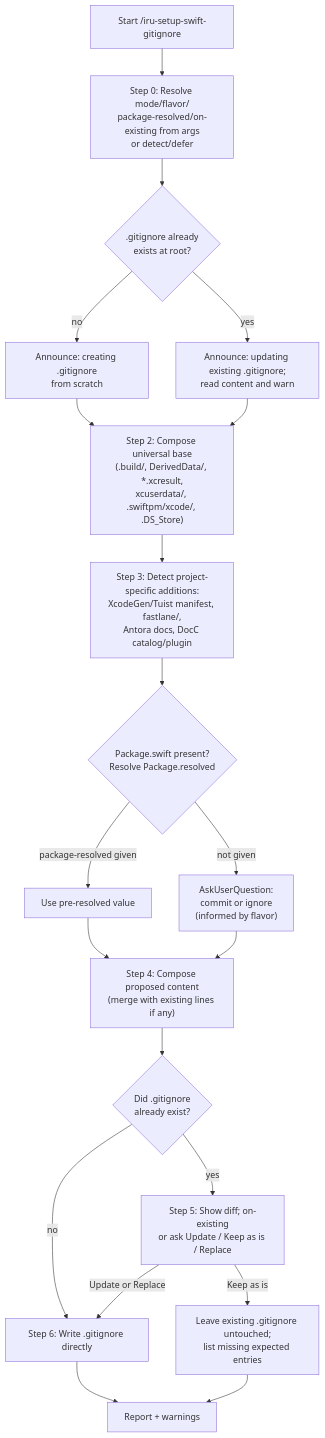
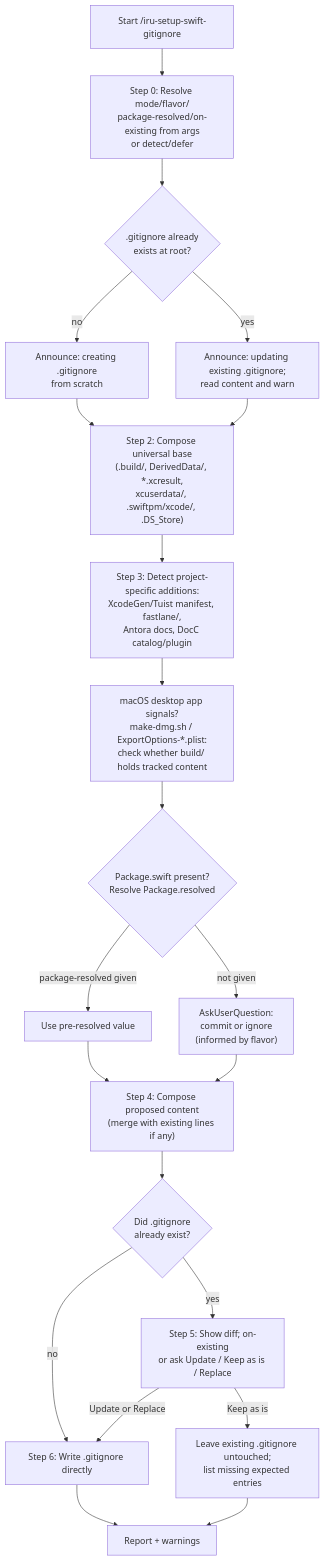
The diagram in docs/modules/ROOT/pages/skills/iru-setup-swift-gitignore.adoc (albertoirurueta/ai-catalog), drawn with Mermaid before and after one commit. The commit also changed other lines of this file and 111 other files, not shown here.

```diff
--- a/docs/modules/ROOT/pages/skills/iru-setup-swift-gitignore.adoc
+++ b/docs/modules/ROOT/pages/skills/iru-setup-swift-gitignore.adoc
@@ -85,23 +93,24 @@
 [mermaid]
 ....
 flowchart TD
     A[Start /iru-setup-swift-gitignore] --> B["Step 0: Resolve mode/flavor/\npackage-resolved/on-existing from args\nor detect/defer"]
     B --> C{".gitignore already\nexists at root?"}
     C -- no --> C1["Announce: creating .gitignore\nfrom scratch"]
     C -- yes --> E["Announce: updating existing .gitignore;\nread content and warn"]
     C1 --> D
     E --> D["Step 2: Compose universal base\n(.build/, DerivedData/, *.xcresult,\nxcuserdata/, .swiftpm/xcode/, .DS_Store)"]
     D --> F["Step 3: Detect project-specific additions:\nXcodeGen/Tuist manifest, fastlane/,\nAntora docs, DocC catalog/plugin"]
-    F --> G{"Package.swift present?\nResolve Package.resolved"}
+    F --> F2["macOS desktop app signals?\nmake-dmg.sh / ExportOptions-*.plist:\ncheck whether build/ holds tracked content"]
+    F2 --> G{"Package.swift present?\nResolve Package.resolved"}
     G -- "package-resolved given" --> H["Use pre-resolved value"]
     G -- "not given" --> I["AskUserQuestion:\ncommit or ignore\n(informed by flavor)"]
     H --> J["Step 4: Compose proposed content\n(merge with existing lines if any)"]
     I --> J
     J --> K{"Did .gitignore\nalready exist?"}
     K -- no --> L["Step 6: Write .gitignore directly"]
     K -- yes --> M["Step 5: Show diff; on-existing\nor ask Update / Keep as is / Replace"]
     M -- "Update or Replace" --> L
     M -- "Keep as is" --> N["Leave existing .gitignore untouched;\nlist missing expected entries"]
     L --> O["Report + warnings"]
     N --> O
 ....
```
